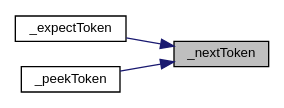
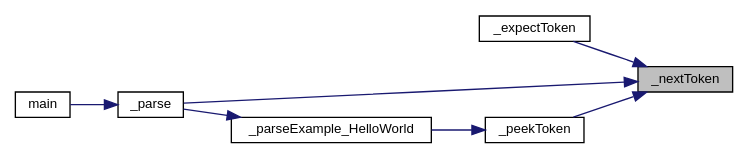
The diagram in docs/corthc.org/de/d57/group__TOKENIZER_ga39cbd7b1504ade8058591b053542eac8_icgraph.dot (4bstr4ct/corth), drawn with Graphviz before and after one commit. The commit also changed 95 other files, not shown here.

Commit message:
Still worknig on a parser - this time to parse main with return 0 and that's it...

```diff
--- a/docs/corthc.org/de/d57/group__TOKENIZER_ga39cbd7b1504ade8058591b053542eac8_icgraph.dot
+++ b/docs/corthc.org/de/d57/group__TOKENIZER_ga39cbd7b1504ade8058591b053542eac8_icgraph.dot
@@ -1,12 +1,19 @@
 digraph "_nextToken"
 {
  // LATEX_PDF_SIZE
   edge [fontname="Helvetica",fontsize="10",labelfontname="Helvetica",labelfontsize="10"];
   node [fontname="Helvetica",fontsize="10",shape=record];
   rankdir="RL";
   Node1 [label="_nextToken",height=0.2,width=0.4,color="black", fillcolor="grey75", style="filled", fontcolor="black",tooltip="Parse and return next token."];
   Node1 -> Node2 [dir="back",color="midnightblue",fontsize="10",style="solid",fontname="Helvetica"];
-  Node2 [label="_expectToken",height=0.2,width=0.4,color="black", fillcolor="white", style="filled",URL="$de/d57/group__TOKENIZER.html#ga548b0926f18ef581058b61275a96e171",tooltip="Parse the next token and compare to the expected type."];
+  Node2 [label="_expectToken",height=0.2,width=0.4,color="black", fillcolor="white", style="filled",URL="$de/d57/group__TOKENIZER.html#ga91b28d4db5a76458b6960c6c3e3a1c5e",tooltip="Parse the next token and compare to the expected type."];
   Node1 -> Node3 [dir="back",color="midnightblue",fontsize="10",style="solid",fontname="Helvetica"];
-  Node3 [label="_peekToken",height=0.2,width=0.4,color="black", fillcolor="white", style="filled",URL="$de/d57/group__TOKENIZER.html#ga429e3baa7b543c51dffef5fc335cd536",tooltip="Parse and peek the next token without moving the parser."];
+  Node3 [label="_parse",height=0.2,width=0.4,color="black", fillcolor="white", style="filled",URL="$d2/d72/parser_8c.html#aa13b44093a9b4f501c43f640be3790ec",tooltip=" "];
+  Node3 -> Node4 [dir="back",color="midnightblue",fontsize="10",style="solid",fontname="Helvetica"];
+  Node4 [label="main",height=0.2,width=0.4,color="black", fillcolor="white", style="filled",URL="$d0/d29/main_8c.html#a3c04138a5bfe5d72780bb7e82a18e627",tooltip=" "];
+  Node1 -> Node5 [dir="back",color="midnightblue",fontsize="10",style="solid",fontname="Helvetica"];
+  Node5 [label="_peekToken",height=0.2,width=0.4,color="black", fillcolor="white", style="filled",URL="$de/d57/group__TOKENIZER.html#ga429e3baa7b543c51dffef5fc335cd536",tooltip="Parse and peek the next token without moving the parser."];
+  Node5 -> Node6 [dir="back",color="midnightblue",fontsize="10",style="solid",fontname="Helvetica"];
+  Node6 [label="_parseExample_HelloWorld",height=0.2,width=0.4,color="black", fillcolor="white", style="filled",URL="$d2/d72/parser_8c.html#a817ddbff8df162edd9632cd2deca32b4",tooltip=" "];
+  Node6 -> Node3 [dir="back",color="midnightblue",fontsize="10",style="solid",fontname="Helvetica"];
 }
```
